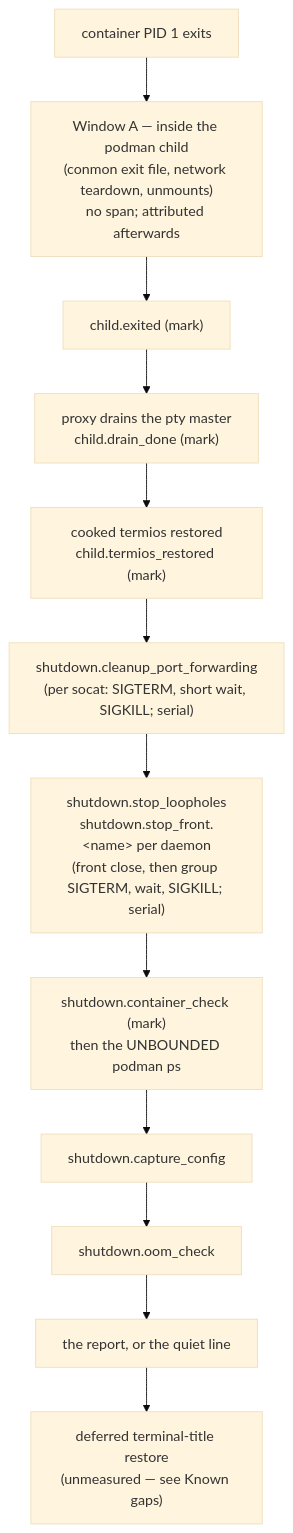
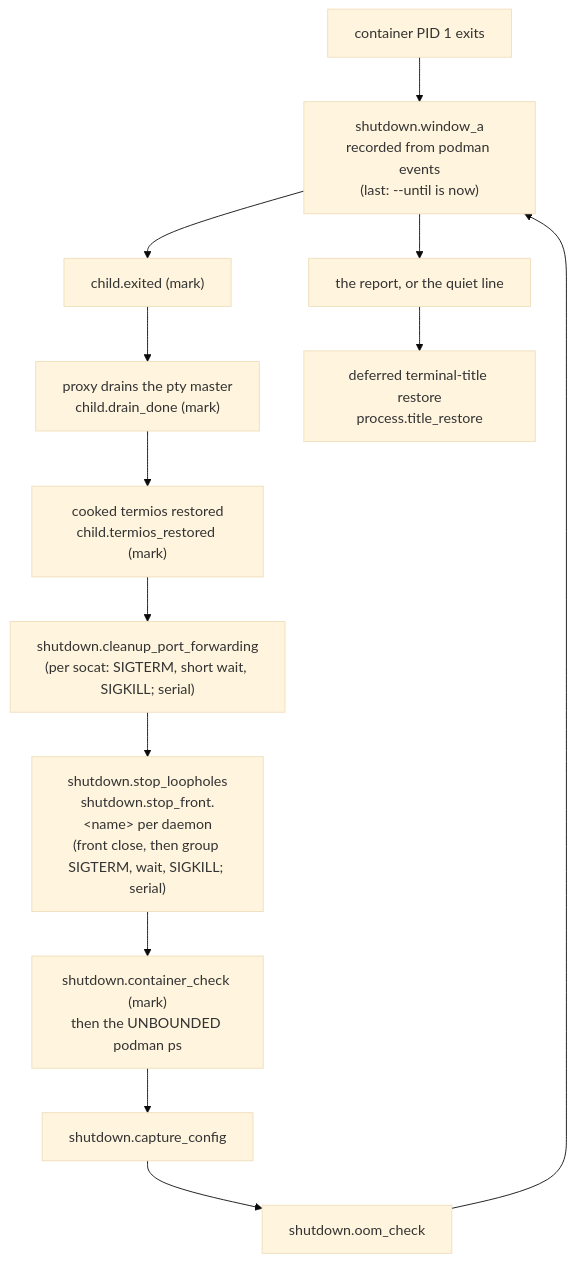
One commit to mschulkind-oss/yolo-jail changed the diagram in docs/reference/perf-logging.md. Above: the diagram before and after it, drawn with Mermaid (base theme). The commit also changed other lines of this file, not shown here.

````diff
--- a/docs/reference/perf-logging.md
+++ b/docs/reference/perf-logging.md
@@ -257,14 +266,15 @@
 ```mermaid
 flowchart TD
     pid1["container PID 1 exits"] --> wa["Window A — inside the podman child<br/>(conmon exit file, network teardown, unmounts)<br/>no span; attributed afterwards"]
     wa --> exited["child.exited (mark)"]
     exited --> drain["proxy drains the pty master<br/>child.drain_done (mark)"]
     drain --> termios["cooked termios restored<br/>child.termios_restored (mark)"]
     termios --> ports["shutdown.cleanup_port_forwarding<br/>(per socat: SIGTERM, short wait, SIGKILL; serial)"]
     ports --> fronts["shutdown.stop_loopholes<br/>shutdown.stop_front.&lt;name&gt; per daemon<br/>(front close, then group SIGTERM, wait, SIGKILL; serial)"]
     fronts --> check["shutdown.container_check (mark)<br/>then the UNBOUNDED podman ps"]
     check --> capture["shutdown.capture_config"]
     capture --> oom["shutdown.oom_check"]
-    oom --> report["the report, or the quiet line"]
-    report --> title["deferred terminal-title restore<br/>(unmeasured — see Known gaps)"]
+    oom --> wa["shutdown.window_a<br/>recorded from podman events<br/>(last: --until is now)"]
+    wa --> report["the report, or the quiet line"]
+    report --> title["deferred terminal-title restore<br/>process.title_restore"]
 ```
````
